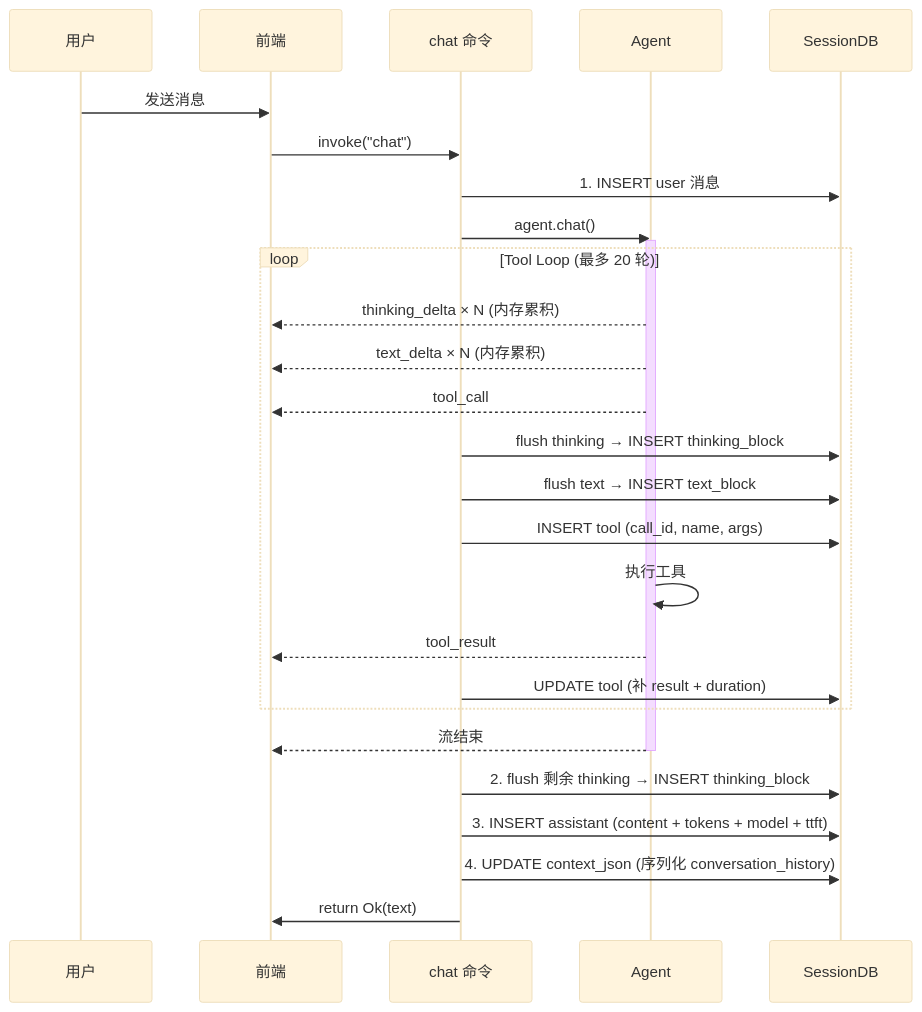
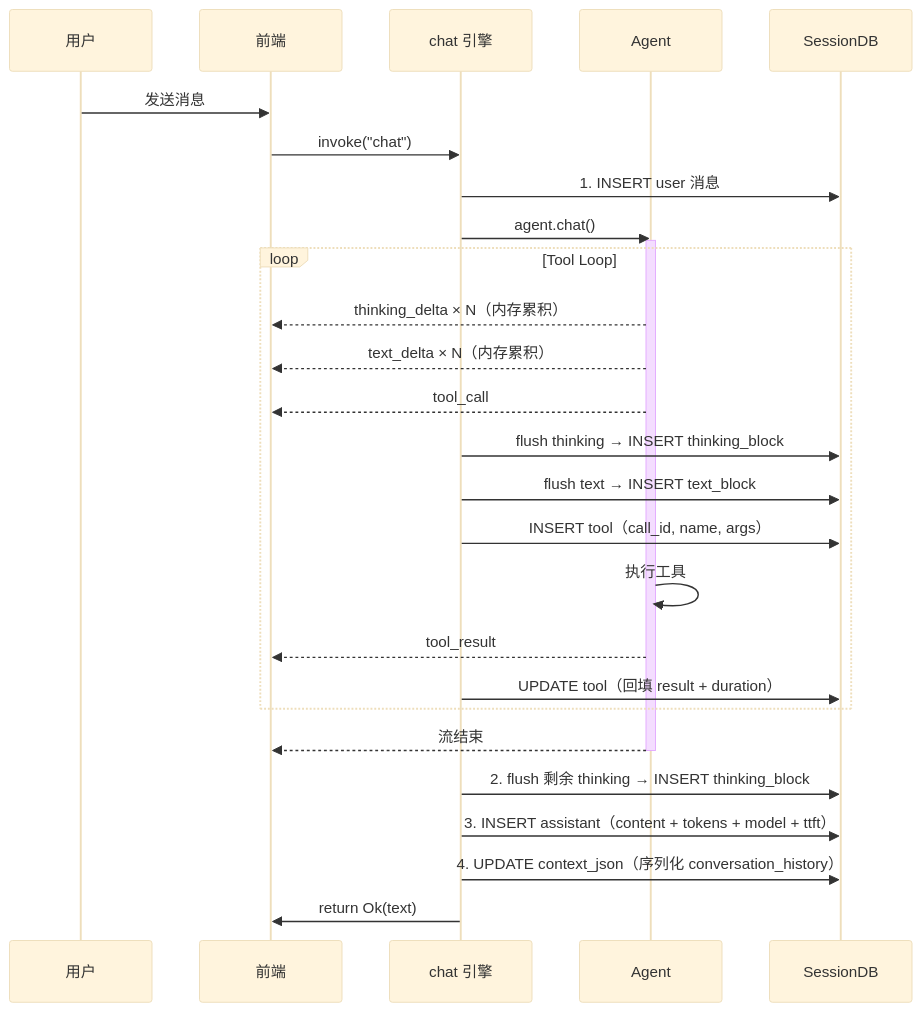
Diagram 14 of 16 in docs/architecture/provider-system.md (shiwenwen/hope-agent), drawn with Mermaid (base theme) before and after one commit. The commit also changed other lines of this file and 2 other files, not shown here.

````diff
--- a/docs/architecture/provider-system.md
+++ b/docs/architecture/provider-system.md
@@ -785,35 +705,31 @@
 ```mermaid
 sequenceDiagram
   participant U as 用户
   participant FE as 前端
-  participant CMD as chat 命令
+  participant CMD as chat 引擎
   participant Agent as Agent
   participant DB as SessionDB
 
   U->>FE: 发送消息
   FE->>CMD: invoke("chat")
   CMD->>DB: 1. INSERT user 消息
-
   CMD->>Agent: agent.chat()
   activate Agent
-
-  loop Tool Loop (最多 20 轮)
-    Agent-->>FE: thinking_delta × N (内存累积)
-    Agent-->>FE: text_delta × N (内存累积)
+  loop Tool Loop
+    Agent-->>FE: thinking_delta × N（内存累积）
+    Agent-->>FE: text_delta × N（内存累积）
     Agent-->>FE: tool_call
     CMD->>DB: flush thinking → INSERT thinking_block
     CMD->>DB: flush text → INSERT text_block
-    CMD->>DB: INSERT tool (call_id, name, args)
+    CMD->>DB: INSERT tool（call_id, name, args）
     Agent->>Agent: 执行工具
     Agent-->>FE: tool_result
-    CMD->>DB: UPDATE tool (补 result + duration)
+    CMD->>DB: UPDATE tool（回填 result + duration）
   end
-
   Agent-->>FE: 流结束
   deactivate Agent
-
   CMD->>DB: 2. flush 剩余 thinking → INSERT thinking_block
-  CMD->>DB: 3. INSERT assistant (content + tokens + model + ttft)
-  CMD->>DB: 4. UPDATE context_json (序列化 conversation_history)
+  CMD->>DB: 3. INSERT assistant（content + tokens + model + ttft）
+  CMD->>DB: 4. UPDATE context_json（序列化 conversation_history）
   CMD->>FE: return Ok(text)
 ```
````
